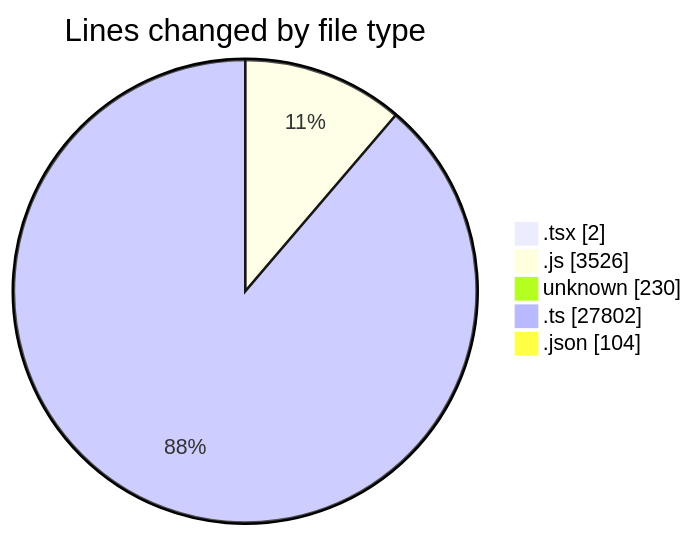
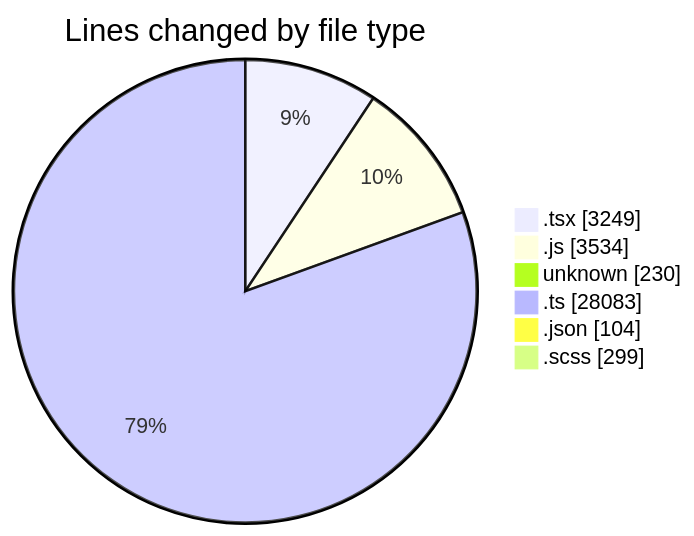
Before and after one commit to momahboobian/code-tracking: the first of 2 diagrams in 2026-05-06/cda/README.md, drawn with Mermaid. The commit also changed other lines of this file and 1 other file, not shown here.

````diff
--- a/2026-05-06/cda/README.md
+++ b/2026-05-06/cda/README.md
@@ -37,9 +78,10 @@
 ```mermaid
 pie showData
 title Lines changed by file type
-".tsx" : 2
-".js" : 3526
+".tsx" : 3249
+".js" : 3534
 "unknown" : 230
-".ts" : 27802
+".ts" : 28083
 ".json" : 104
+".scss" : 299
 ```
````
